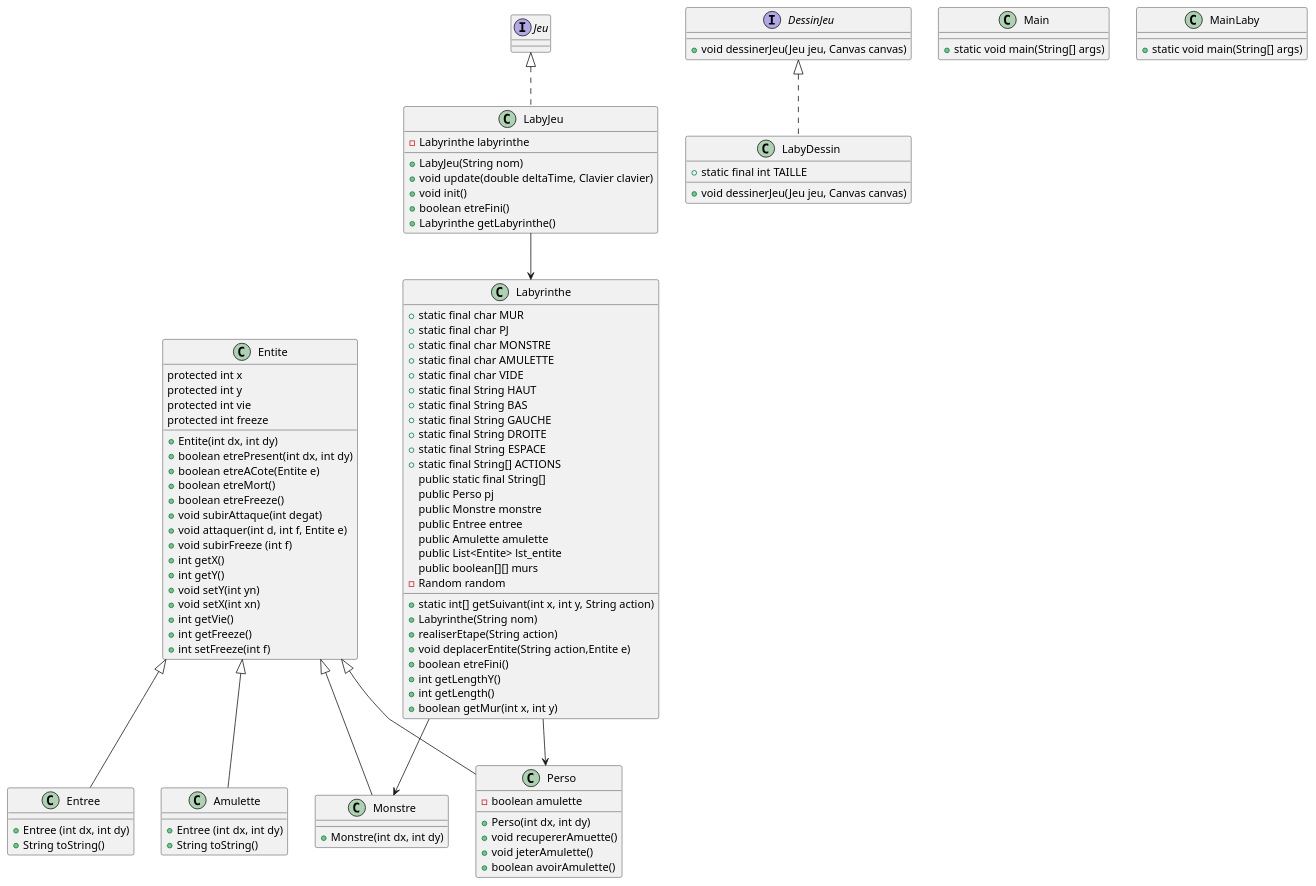
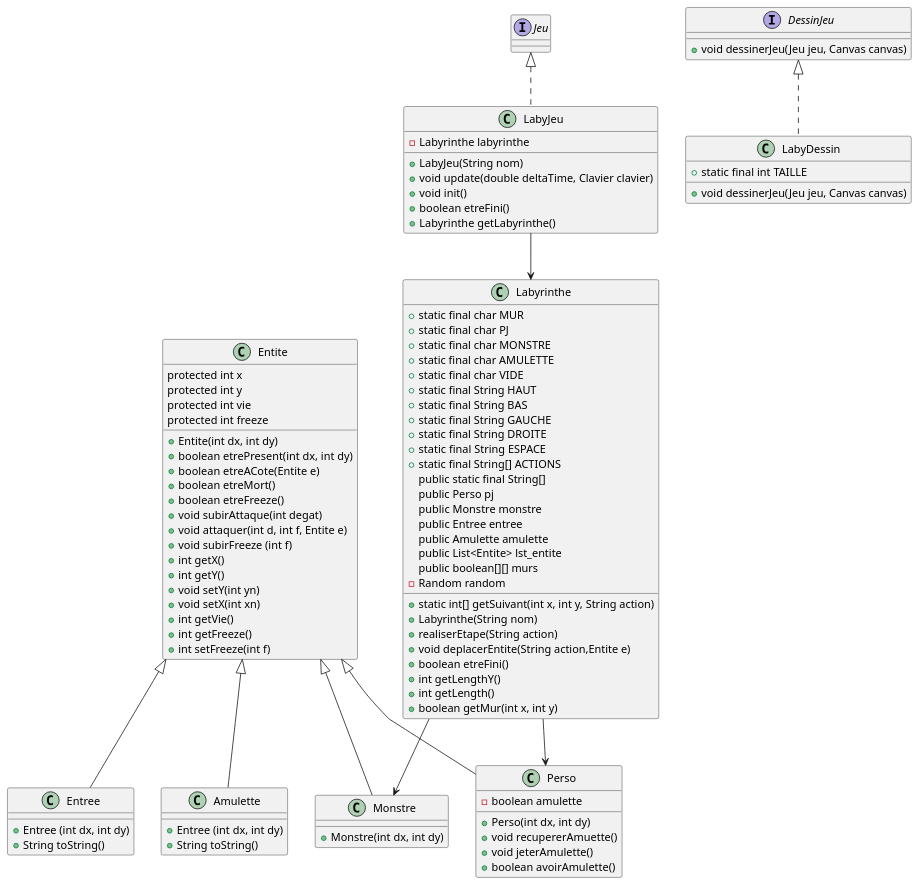
The diagram in zeldiablo/src/gameLaby/laby/Diagramme.puml (Maev975/Jeu_Zeldiablo), drawn with PlantUML before and after one commit. The commit also changed 1 other file, not shown here.

```diff
--- a/zeldiablo/src/gameLaby/laby/Diagramme.puml
+++ b/zeldiablo/src/gameLaby/laby/Diagramme.puml
@@ -1,170 +1,170 @@
 @startuml
 
 
 class Entree {
     +Entree (int dx, int dy)
     +String toString()
 }
 
 
 class Entite {
     protected int x
     protected int y
     protected int vie
     protected int freeze
     + Entite(int dx, int dy)
     + boolean etrePresent(int dx, int dy)
     + boolean etreACote(Entite e)
     + boolean etreMort()
     + boolean etreFreeze()
     + void subirAttaque(int degat)
     + void attaquer(int d, int f, Entite e)
     + void subirFreeze (int f)
     + int getX()
     + int getY()
     + void setY(int yn)
     + void setX(int xn)
     + int getVie()
     + int getFreeze()
     + int setFreeze(int f)
 }
 
 class LabyDessin implements DessinJeu {
     + static final int TAILLE
     + void dessinerJeu(Jeu jeu, Canvas canvas)
 }
 
 class LabyJeu implements Jeu {
     - Labyrinthe labyrinthe
     + LabyJeu(String nom)
     + void update(double deltaTime, Clavier clavier)
     + void init()
     + boolean etreFini()
     + Labyrinthe getLabyrinthe()
 }
 
-class Main {
-    + static void main(String[] args)
-}
+'class Main {
+'    + static void main(String[] args)
+'}
 
 class Labyrinthe {
     + static final char MUR
     + static final char PJ
     + static final char MONSTRE
     + static final char AMULETTE
     + static final char VIDE
     + static final String HAUT
     + static final String BAS
     + static final String GAUCHE
     + static final String DROITE
     + static final String ESPACE
     + static final String[] ACTIONS
     public static final String[]
     public Perso pj
     public Monstre monstre
     public Entree entree
     public Amulette amulette
     public List<Entite> lst_entite
     public boolean[][] murs
     - Random random
     + static int[] getSuivant(int x, int y, String action)
     + Labyrinthe(String nom)
     + realiserEtape(String action)
     + void deplacerEntite(String action,Entite e)
     + boolean etreFini()
     + int getLengthY()
     + int getLength()
     + boolean getMur(int x, int y)
 }
 
-class MainLaby {
-    + static void main(String[] args)
-}
+'class MainLaby {
+'    + static void main(String[] args)
+'}
 
 class Monstre {
     + Monstre(int dx, int dy)
 }
 
 class Perso {
     -boolean amulette
     + Perso(int dx, int dy)
     +void recupererAmuette()
     +void jeterAmulette()
     +boolean avoirAmulette()
 }
 
 'class Clavier {
 '    public boolean haut
 '    public boolean bas
 '    public boolean gauche
 '    public boolean droite
 '    public boolean espace
 '    public boolean hautAppuye
 '    public boolean basAppuye
 '    public boolean gaucheAppuye
 '    public boolean droiteAppuye
 '    public boolean espaceAppuye
 '    + void appuyerTouche(KeyEvent event)
 '    + void relacherTouche(KeyEvent event)
 '}
 
 interface DessinJeu {
     + void dessinerJeu(Jeu jeu, Canvas canvas)
 }
 
 'class FrameStats {
 '    private long frameCount
 '    private double meanFrameInterval
 '    private final ReadOnlyStringWrapper text
 '    + long getFrameCount()
 '    + double getMeanFrameInterval()
 '    + void addFrame(long frameDurationNanos)
 '    + String getText()
 '    + ReadOnlyStringProperty textProperty()
 '    + String toString()
 '}
 
 'interface Jeu {
 '    + void update(double secondes, Clavier clavier)
 '    + void init()
 '    + boolean etreFini()
 '}
 
 'class MoteurJeu {
 '    private static double FPS
 '    private static double dureeFPS
 '    private static double WIDTH
 '    private static double HEIGHT
 '    private final FrameStats frameStats
 '    private static Jeu jeu
 '    private static DessinJeu dessin
 '    Clavier controle
 '    + static void launch(Jeu jeu, DessinJeu dessin)
 '    + static void setFPS(int FPSSouhaitees)
 '    + static void setTaille(double width, double height)
 '    + void start(Stage primaryStage)
 '    - void startAnimation(Canvas canvas)
 '}
 
 class Amulette{
  +Entree (int dx, int dy)
  +String toString()
 
 }
 
 Entite <|-- Monstre
 Entite <|-- Perso
 Entite <|-- Entree
 Entite <|-- Amulette
 LabyJeu --> Labyrinthe
 Labyrinthe --> Perso
 Labyrinthe --> Monstre
 'DessinJeu <|.. LabyDessin
 'Jeu <|.. LabyJeu
 'LabyJeu --> Clavier
 'MoteurJeu --> FrameStats
 'MoteurJeu --> Clavier
 'MoteurJeu --> Jeu
 'MoteurJeu --> DessinJeu
 
 @enduml
```
